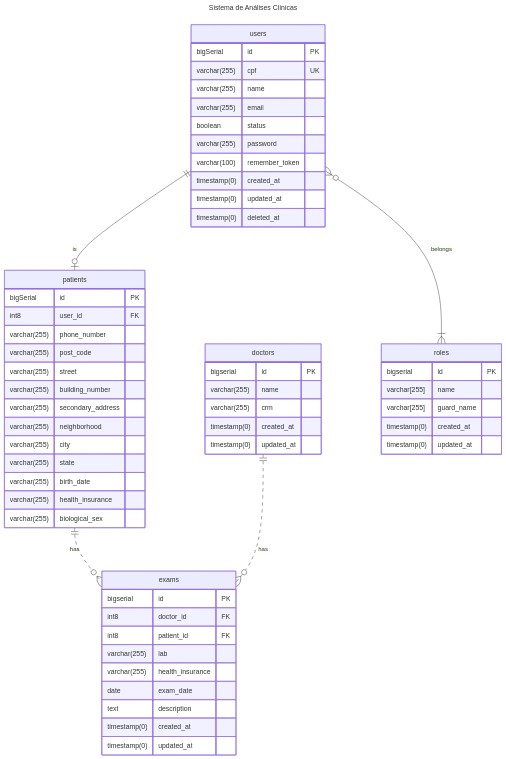
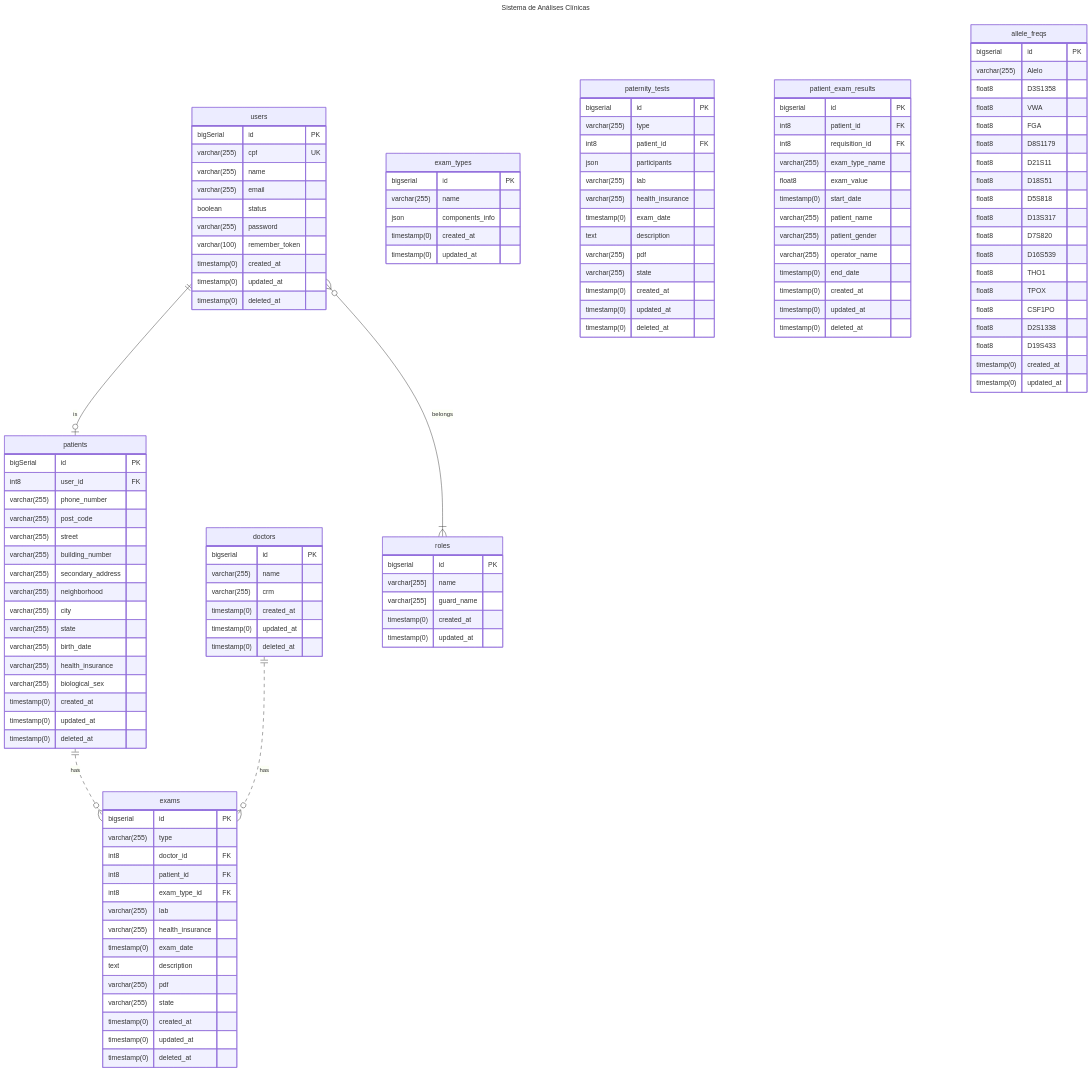
Before and after one commit to UniFil-NPI/ProjetoAnalisesClinicas: the diagram in docs/DER.md, drawn with Mermaid. The commit also changed 2 other files, not shown here.

Commit message:
Diagrama de classes atualizado

````diff
--- a/docs/DER.md
+++ b/docs/DER.md
@@ -7,6 +7,10 @@
 erDiagram
 
 users only one -- zero or one patients : is
+patients only one .. zero or many exams : has
+doctors only one .. zero or many exams : has
+users zero or many -- one or many roles : belongs
+
 users {
     bigSerial id PK
     varchar(255) cpf UK
@@ -20,8 +24,6 @@
     timestamp(0) deleted_at
 }
 
-
-patients only one .. zero or many exams : has
 patients {
     bigSerial id PK
     int8 user_id FK
@@ -36,32 +38,20 @@
     varchar(255) birth_date
     varchar(255) health_insurance
     varchar(255) biological_sex
+    timestamp(0) created_at
+    timestamp(0) updated_at
+    timestamp(0) deleted_at
 
 }
-exams {
-    bigserial id PK
-    int8 doctor_id FK
-    int8 patient_id FK
-    varchar(255) lab
-    varchar(255) health_insurance
-    date exam_date
-    text description
-    timestamp(0) created_at
-    timestamp(0) updated_at
-    
-}
 
-doctors only one .. zero or many exams : has
 doctors {
     bigserial id PK
     varchar(255) name
     varchar(255) crm
     timestamp(0) created_at
     timestamp(0) updated_at
+    timestamp(0) deleted_at
 }
-
-users zero or many -- one or many roles : belongs
-
 
 roles {
     bigserial id PK
@@ -72,4 +62,83 @@
 
 }
 
+exams {
+    bigserial id PK
+    varchar(255) type
+    int8 doctor_id FK
+    int8 patient_id FK
+    int8 exam_type_id FK
+    varchar(255) lab
+    varchar(255) health_insurance
+    timestamp(0) exam_date
+    text description
+    varchar(255) pdf
+    varchar(255) state
+    timestamp(0) created_at
+    timestamp(0) updated_at
+    timestamp(0) deleted_at
+}
+
+exam_types {
+    bigserial id PK
+    varchar(255) name
+    json components_info
+    timestamp(0) created_at
+    timestamp(0) updated_at
+}
+
+paternity_tests {
+    bigserial id PK
+    varchar(255) type
+    int8 patient_id FK
+    json participants
+    varchar(255) lab
+    varchar(255) health_insurance
+    timestamp(0) exam_date
+    text description
+    varchar(255) pdf
+    varchar(255) state
+    timestamp(0) created_at
+    timestamp(0) updated_at
+    timestamp(0) deleted_at
+}
+
+patient_exam_results {
+    bigserial id PK
+    int8 patient_id FK
+    int8 requisition_id FK
+    varchar(255) exam_type_name
+    float8 exam_value
+    timestamp(0) start_date
+    varchar(255) patient_name
+    varchar(255) patient_gender
+    varchar(255) operator_name
+    timestamp(0) end_date
+    timestamp(0) created_at
+    timestamp(0) updated_at
+    timestamp(0) deleted_at
+}
+
+allele_freqs {
+    bigserial id PK
+    varchar(255) Alelo
+    float8 D3S1358
+    float8 VWA
+    float8 FGA
+    float8 D8S1179
+    float8 D21S11
+    float8 D18S51
+    float8 D5S818
+    float8 D13S317
+    float8 D7S820
+    float8 D16S539
+    float8 THO1
+    float8 TPOX
+    float8 CSF1PO
+    float8 D2S1338
+    float8 D19S433
+    timestamp(0) created_at
+    timestamp(0) updated_at
+}
+
 ```
````
